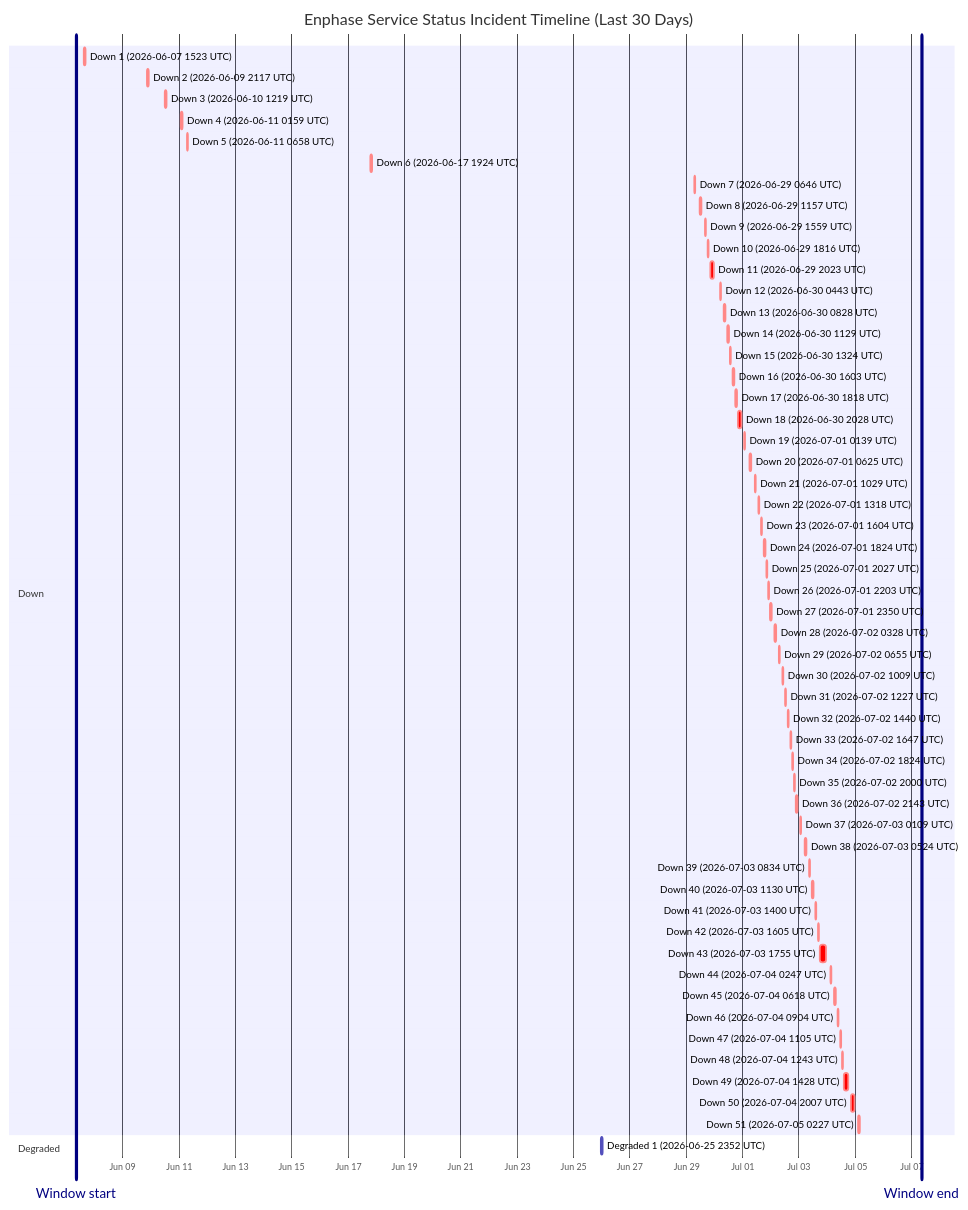
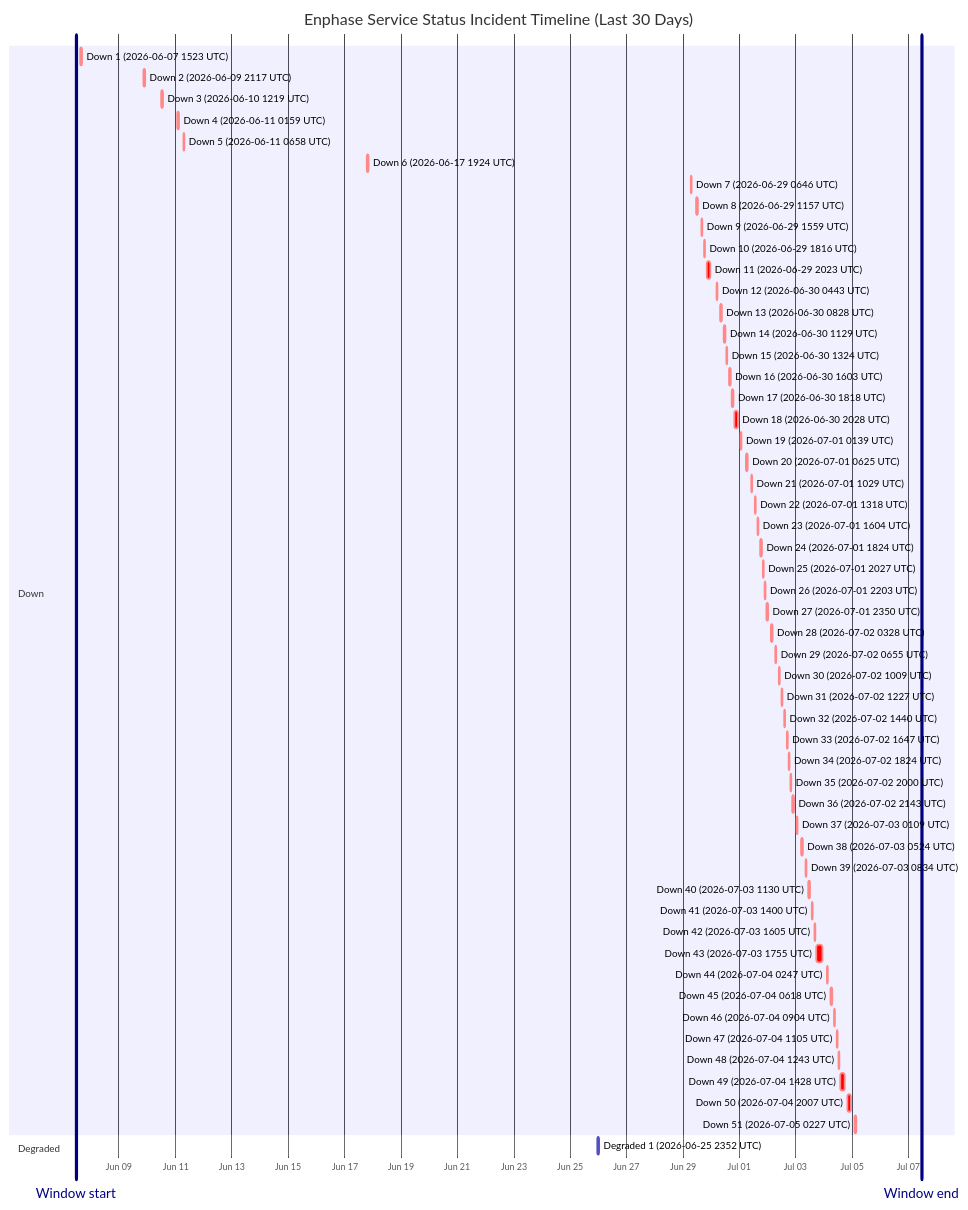
Before and after one commit to barneyonline/ha-enphase-energy: the diagram in wiki/Service-Status-History.md, drawn with Mermaid. The commit also changed other lines of this file and 3 other files, not shown here.

````diff
--- a/wiki/Service-Status-History.md
+++ b/wiki/Service-Status-History.md
@@ -14,62 +14,62 @@
 ```mermaid
 gantt
     title Enphase Service Status Incident Timeline (Last 30 Days)
     dateFormat  YYYY-MM-DDTHH:mm:ss
     axisFormat  %b %d
-    Window start :vert, window-start, 2026-06-07T08:22:14, 0ms
-    Window end :vert, window-end, 2026-07-07T08:22:14, 0ms
+    Window start :vert, window-start, 2026-06-07T11:24:04, 0ms
+    Window end :vert, window-end, 2026-07-07T11:24:04, 0ms
     section Down
     Down 1 (2026-06-07 1523 UTC) :crit, down-1, 2026-06-07T15:23:22, 87m
     Down 2 (2026-06-09 2117 UTC) :crit, down-2, 2026-06-09T21:17:17, 60m
     Down 3 (2026-06-10 1219 UTC) :crit, down-3, 2026-06-10T12:19:21, 60m
     Down 4 (2026-06-11 0159 UTC) :crit, down-4, 2026-06-11T01:59:36, 60m
     Down 5 (2026-06-11 0658 UTC) :crit, down-5, 2026-06-11T06:58:45, 60m
     Down 6 (2026-06-17 1924 UTC) :crit, down-6, 2026-06-17T19:24:51, 60m
     Down 7 (2026-06-29 0646 UTC) :crit, down-7, 2026-06-29T06:46:18, 60m
     Down 8 (2026-06-29 1157 UTC) :crit, down-8, 2026-06-29T11:57:36, 60m
     Down 9 (2026-06-29 1559 UTC) :crit, down-9, 2026-06-29T15:59:02, 60m
     Down 10 (2026-06-29 1816 UTC) :crit, down-10, 2026-06-29T18:16:38, 60m
     Down 11 (2026-06-29 2023 UTC) :crit, down-11, 2026-06-29T20:23:16, 220m
     Down 12 (2026-06-30 0443 UTC) :crit, down-12, 2026-06-30T04:43:54, 60m
     Down 13 (2026-06-30 0828 UTC) :crit, down-13, 2026-06-30T08:28:43, 60m
     Down 14 (2026-06-30 1129 UTC) :crit, down-14, 2026-06-30T11:29:15, 60m
     Down 15 (2026-06-30 1324 UTC) :crit, down-15, 2026-06-30T13:24:25, 60m
     Down 16 (2026-06-30 1603 UTC) :crit, down-16, 2026-06-30T16:03:26, 60m
     Down 17 (2026-06-30 1818 UTC) :crit, down-17, 2026-06-30T18:18:39, 60m
     Down 18 (2026-06-30 2028 UTC) :crit, down-18, 2026-06-30T20:28:54, 171m
     Down 19 (2026-07-01 0139 UTC) :crit, down-19, 2026-07-01T01:39:18, 60m
     Down 20 (2026-07-01 0625 UTC) :crit, down-20, 2026-07-01T06:25:35, 60m
     Down 21 (2026-07-01 1029 UTC) :crit, down-21, 2026-07-01T10:29:24, 60m
     Down 22 (2026-07-01 1318 UTC) :crit, down-22, 2026-07-01T13:18:31, 60m
     Down 23 (2026-07-01 1604 UTC) :crit, down-23, 2026-07-01T16:04:29, 60m
     Down 24 (2026-07-01 1824 UTC) :crit, down-24, 2026-07-01T18:24:21, 60m
     Down 25 (2026-07-01 2027 UTC) :crit, down-25, 2026-07-01T20:27:17, 60m
     Down 26 (2026-07-01 2203 UTC) :crit, down-26, 2026-07-01T22:03:46, 60m
     Down 27 (2026-07-01 2350 UTC) :crit, down-27, 2026-07-01T23:50:52, 60m
     Down 28 (2026-07-02 0328 UTC) :crit, down-28, 2026-07-02T03:28:33, 60m
     Down 29 (2026-07-02 0655 UTC) :crit, down-29, 2026-07-02T06:55:07, 60m
     Down 30 (2026-07-02 1009 UTC) :crit, down-30, 2026-07-02T10:09:15, 60m
     Down 31 (2026-07-02 1227 UTC) :crit, down-31, 2026-07-02T12:27:49, 60m
     Down 32 (2026-07-02 1440 UTC) :crit, down-32, 2026-07-02T14:40:53, 60m
     Down 33 (2026-07-02 1647 UTC) :crit, down-33, 2026-07-02T16:47:47, 60m
     Down 34 (2026-07-02 1824 UTC) :crit, down-34, 2026-07-02T18:24:26, 60m
     Down 35 (2026-07-02 2000 UTC) :crit, down-35, 2026-07-02T20:00:57, 60m
     Down 36 (2026-07-02 2143 UTC) :crit, down-36, 2026-07-02T21:43:52, 80m
     Down 37 (2026-07-03 0109 UTC) :crit, down-37, 2026-07-03T01:09:19, 60m
     Down 38 (2026-07-03 0524 UTC) :crit, down-38, 2026-07-03T05:24:23, 60m
     Down 39 (2026-07-03 0834 UTC) :crit, down-39, 2026-07-03T08:34:05, 60m
     Down 40 (2026-07-03 1130 UTC) :crit, down-40, 2026-07-03T11:30:41, 60m
     Down 41 (2026-07-03 1400 UTC) :crit, down-41, 2026-07-03T14:00:48, 60m
     Down 42 (2026-07-03 1605 UTC) :crit, down-42, 2026-07-03T16:05:49, 60m
     Down 43 (2026-07-03 1755 UTC) :crit, down-43, 2026-07-03T17:55:54, 338m
     Down 44 (2026-07-04 0247 UTC) :crit, down-44, 2026-07-04T02:47:22, 60m
     Down 45 (2026-07-04 0618 UTC) :crit, down-45, 2026-07-04T06:18:09, 60m
     Down 46 (2026-07-04 0904 UTC) :crit, down-46, 2026-07-04T09:04:41, 60m
     Down 47 (2026-07-04 1105 UTC) :crit, down-47, 2026-07-04T11:05:21, 60m
     Down 48 (2026-07-04 1243 UTC) :crit, down-48, 2026-07-04T12:43:25, 60m
     Down 49 (2026-07-04 1428 UTC) :crit, down-49, 2026-07-04T14:28:07, 243m
     Down 50 (2026-07-04 2007 UTC) :crit, down-50, 2026-07-04T20:07:50, 206m
     Down 51 (2026-07-05 0227 UTC) :crit, down-51, 2026-07-05T02:27:32, 109m
     section Degraded
     Degraded 1 (2026-06-25 2352 UTC) :active, degraded-1, 2026-06-25T23:52:01, 60m
 ```
````
